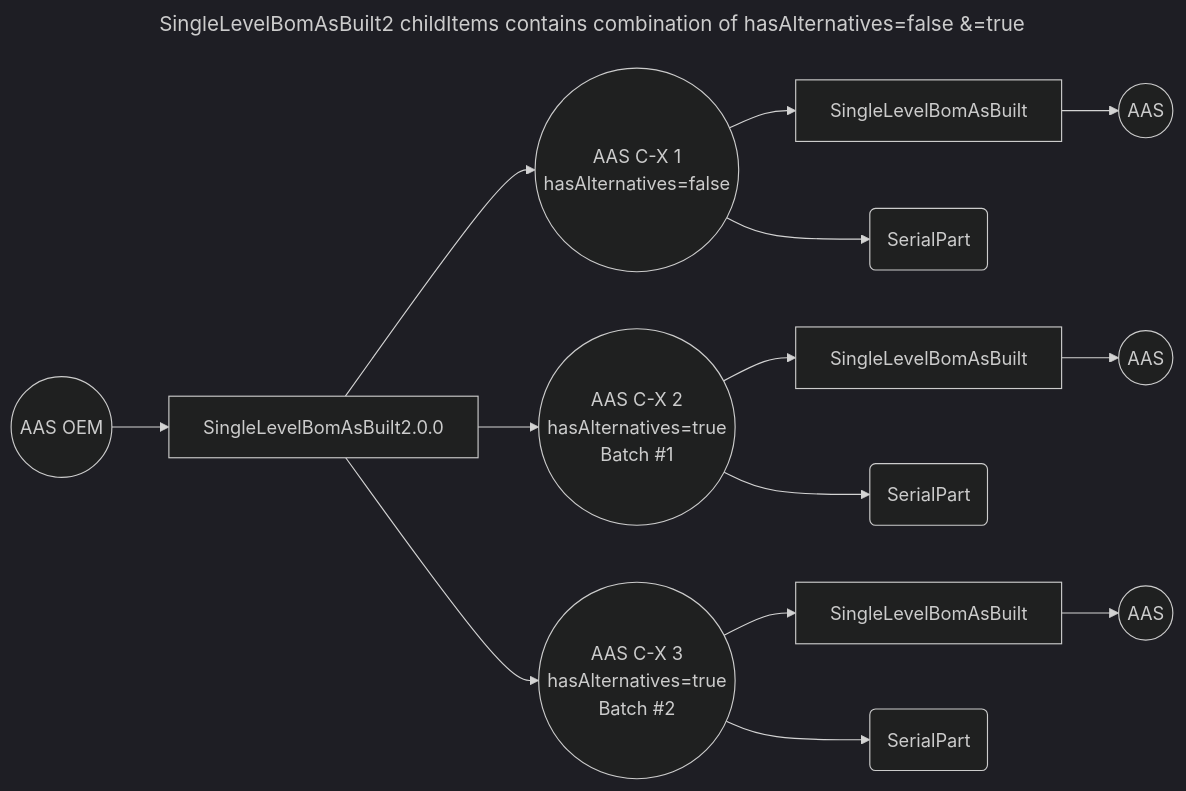
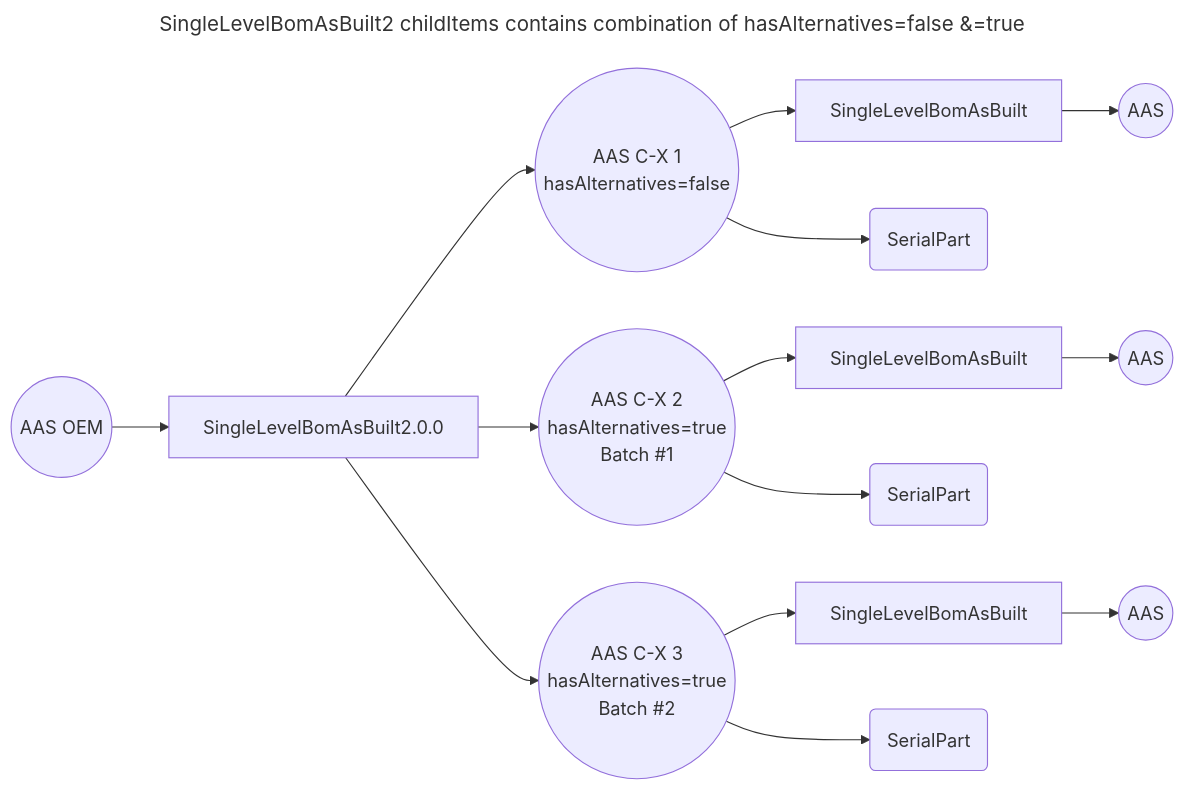
Before and after one commit to eclipse-tractusx/item-relationship-service: the third of 3 diagrams in docs/concept/#212-Update-of-aspect-model-SingleLevelBomAsBuilt-2_0_0/#212-Update-SingleLevelBomAsBuilt-2-0-0.md, drawn with Mermaid. The commit also changed other lines of this file, not shown here.

Commit message:
docs(concept): [#212] Change linebreaks to newline for circle descriptions, remove init

`````diff
--- a/docs/concept/#212-Update-of-aspect-model-SingleLevelBomAsBuilt-2_0_0/#212-Update-SingleLevelBomAsBuilt-2-0-0.md
+++ b/docs/concept/#212-Update-of-aspect-model-SingleLevelBomAsBuilt-2_0_0/#212-Update-SingleLevelBomAsBuilt-2-0-0.md
@@ -189,32 +177,26 @@
-````mermaid
+```mermaid
 ---
-title:  SingleLevelBomAsBuilt2 childItems contains combination of hasAlternatives=false &=true  
+title: SingleLevelBomAsBuilt2 childItems contains combination of hasAlternatives=false &=true
 ---
-%%{init: { 'fontFamily': 'Architects daughter', 'theme': 'dark' , 'curve' : 'linear'} }%%
 flowchart LR
-    s1((AAS C-X 1
-        hasAlternatives=false))
-    s2((AAS C-X 2
-        hasAlternatives=true
-        Batch #1))
-    s3((AAS C-X 3
-        hasAlternatives=true
-        Batch #2))
+    s1((AAS C-X 1 \n hasAlternatives=false))
+    s2((AAS C-X 2 \n hasAlternatives=true \n Batch #1))
+    s3((AAS C-X 3 \n hasAlternatives=true \n Batch #2))
     SingleLevelBomAsBuilt[SingleLevelBomAsBuilt2.0.0]
 
-   aas((AAS OEM)) -->
-   SingleLevelBomAsBuilt --> s1
-   SingleLevelBomAsBuilt --> s2
-   SingleLevelBomAsBuilt --> s3
-   s1 --> SingleLevelBomAsBuilt3[SingleLevelBomAsBuilt]
-   s2 --> SingleLevelBomAsBuilt4[SingleLevelBomAsBuilt]
-   s3 --> SingleLevelBomAsBuilt5[SingleLevelBomAsBuilt]
-   
-   s1 --> SerialPart3(SerialPart)
-   s2 --> SerialPart4(SerialPart)
-   s3 --> SerialPart5(SerialPart)
-   
-   SingleLevelBomAsBuilt3 --> AAS5((AAS))
-   SingleLevelBomAsBuilt4 --> AAS6((AAS))
-   SingleLevelBomAsBuilt5 --> AAS7((AAS))
-````
+    aas((AAS OEM)) --> SingleLevelBomAsBuilt
+    SingleLevelBomAsBuilt --> s1
+    SingleLevelBomAsBuilt --> s2
+    SingleLevelBomAsBuilt --> s3
+    s1 --> SingleLevelBomAsBuilt3[SingleLevelBomAsBuilt]
+    s2 --> SingleLevelBomAsBuilt4[SingleLevelBomAsBuilt]
+    s3 --> SingleLevelBomAsBuilt5[SingleLevelBomAsBuilt]
+    
+    s1 --> SerialPart3(SerialPart)
+    s2 --> SerialPart4(SerialPart)
+    s3 --> SerialPart5(SerialPart)
+    
+    SingleLevelBomAsBuilt3 --> AAS5((AAS))
+    SingleLevelBomAsBuilt4 --> AAS6((AAS))
+    SingleLevelBomAsBuilt5 --> AAS7((AAS))
+```
`````
